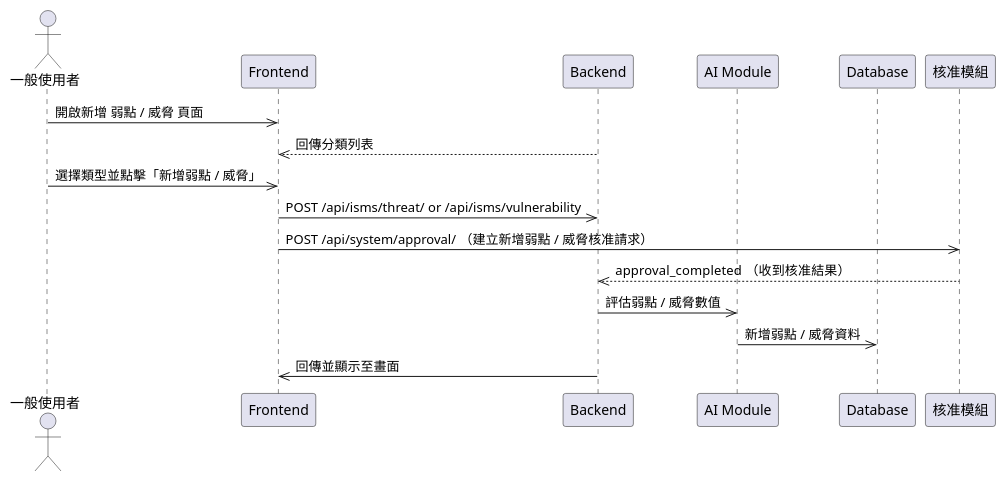
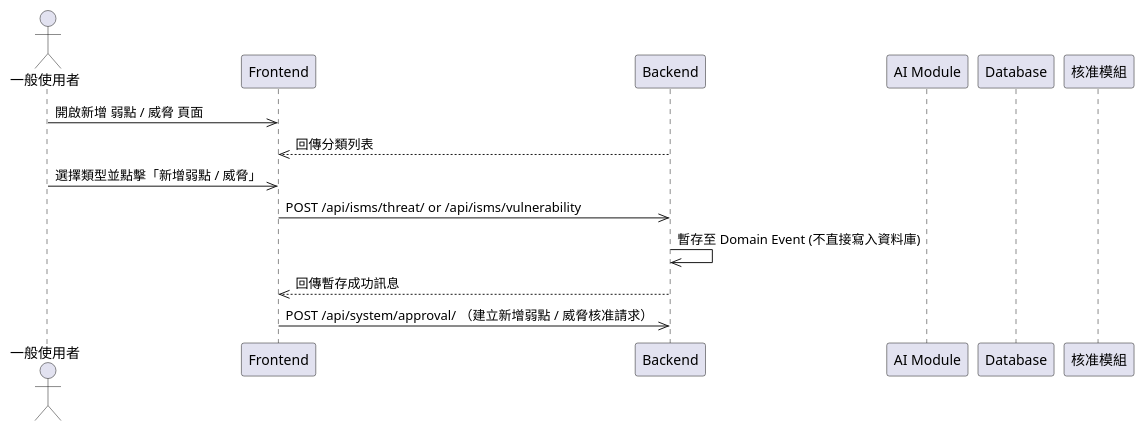
One commit to walle45611/NTUB_SecuManag_Diagram changed the diagram in plantUML/sequence/threat_vuln_create.puml. Above: the diagram before and after it, drawn with PlantUML. The commit also changed 6 other files, not shown here.

Commit message:
feat: 更新流程圖，將核准請求暫存至 Domain Event 以改善資料處理流程

```diff
--- a/plantUML/sequence/threat_vuln_create.puml
+++ b/plantUML/sequence/threat_vuln_create.puml
@@ -1,18 +1,16 @@
 @startuml
 actor User as "一般使用者"
 participant Frontend
 participant Backend
 participant AI_Module as "AI Module"
 participant Database
 participant Approval as "核准模組"
 
 User->>Frontend: 開啟新增 弱點 / 威脅 頁面
 Backend-->>Frontend: 回傳分類列表
 User->>Frontend: 選擇類型並點擊「新增弱點 / 威脅」
 Frontend->>Backend: POST /api/isms/threat/ or /api/isms/vulnerability
-Frontend->>Approval: POST /api/system/approval/ （建立新增弱點 / 威脅核准請求）
-Approval-->>Backend: approval_completed  （收到核准結果）
-Backend->> AI_Module: 評估弱點 / 威脅數值
-AI_Module->>Database: 新增弱點 / 威脅資料
-Backend->>Frontend: 回傳並顯示至畫面
+Backend->>Backend: 暫存至 Domain Event (不直接寫入資料庫)
+Backend-->>Frontend: 回傳暫存成功訊息
+Frontend->>Backend: POST /api/system/approval/ （建立新增弱點 / 威脅核准請求）
 @enduml
```
